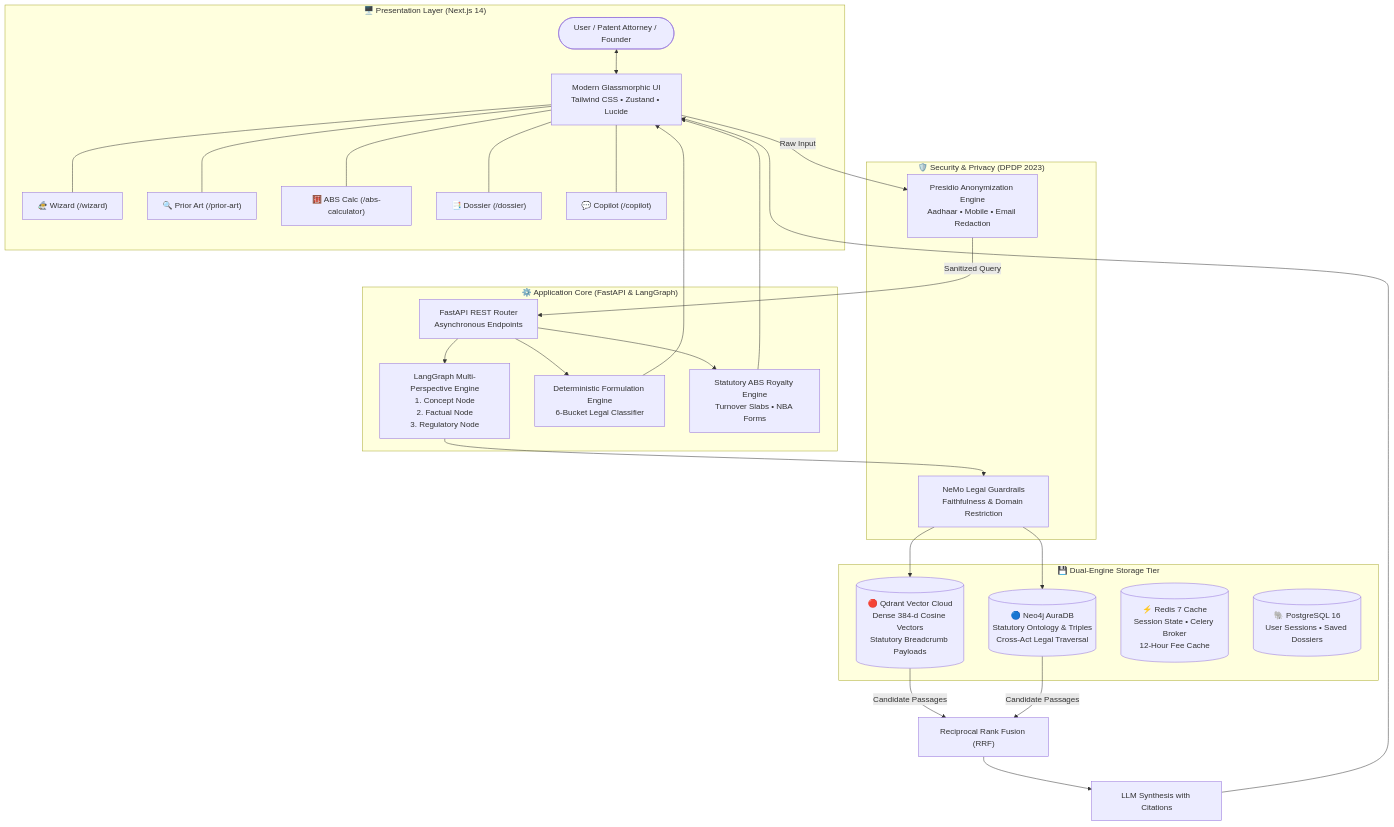
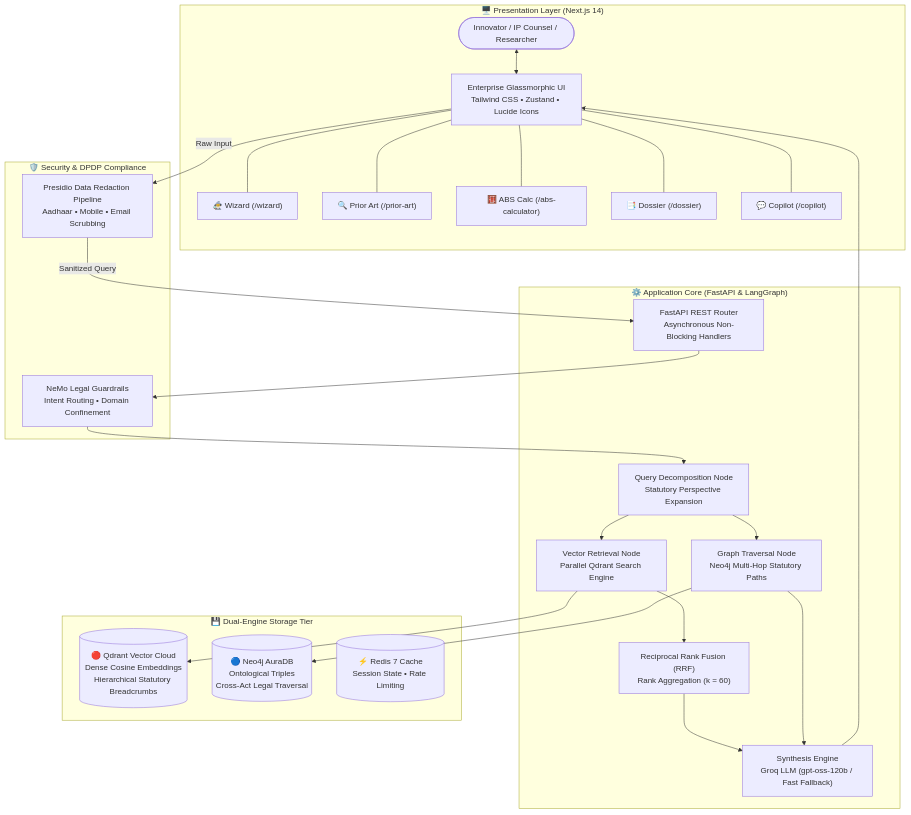
One commit to Soumadipta-Konar/ip-shakti-sahayak changed the diagram in README.md. Above: the diagram before and after it, drawn with Mermaid. The commit also changed other lines of this file, not shown here.

````diff
--- a/README.md
+++ b/README.md
@@ -359,43 +346,45 @@
 ```mermaid
 flowchart TD
     subgraph Client ["🖥️ Presentation Layer (Next.js 14)"]
-        User([User / Patent Attorney / Founder])
-        UI["Modern Glassmorphic UI\nTailwind CSS • Zustand • Lucide"]
+        User([Innovator / IP Counsel / Researcher])
+        UI["Enterprise Glassmorphic UI\nTailwind CSS • Zustand • Lucide Icons"]
         WizTab["🧙‍♂️ Wizard (/wizard)"]
         PriorTab["🔍 Prior Art (/prior-art)"]
         AbsTab["🧮 ABS Calc (/abs-calculator)"]
         DossTab["📑 Dossier (/dossier)"]
         ChatTab["💬 Copilot (/copilot)"]
         User <--> UI
         UI --- WizTab & PriorTab & AbsTab & DossTab & ChatTab
     end
 
-    subgraph Security ["🛡️ Security & Privacy (DPDP 2023)"]
-        DPDP["Presidio Anonymization Engine\nAadhaar • Mobile • Email Redaction"]
-        Guard["NeMo Legal Guardrails\nFaithfulness & Domain Restriction"]
+    subgraph Security ["🛡️ Security & DPDP Compliance"]
+        DPDP["Presidio Data Redaction Pipeline\nAadhaar • Mobile • Email Scrubbing"]
+        Guard["NeMo Legal Guardrails\nIntent Routing • Domain Confinement"]
     end
 
     subgraph Backend ["⚙️ Application Core (FastAPI & LangGraph)"]
-        API["FastAPI REST Router\nAsynchronous Endpoints"]
-        GraphAgent["LangGraph Multi-Perspective Engine\n1. Concept Node\n2. Factual Node\n3. Regulatory Node"]
-        RulesEngine["Deterministic Formulation Engine\n6-Bucket Legal Classifier"]
-        ABSEngine["Statutory ABS Royalty Engine\nTurnover Slabs • NBA Forms"]
+        API["FastAPI REST Router\nAsynchronous Non-Blocking Handlers"]
+        DecompNode["Query Decomposition Node\nStatutory Perspective Expansion"]
+        RetrievalNode["Vector Retrieval Node\nParallel Qdrant Search Engine"]
+        RRFNode["Reciprocal Rank Fusion (RRF)\nRank Aggregation (k = 60)"]
+        GraphNode["Graph Traversal Node\nNeo4j Multi-Hop Statutory Paths"]
+        SynthesisNode["Synthesis Engine\nGroq LLM (gpt-oss-120b / Fast Fallback)"]
     end
 
     subgraph Storage ["💾 Dual-Engine Storage Tier"]
-        Qdrant[("🔴 Qdrant Vector Cloud\nDense 384-d Cosine Vectors\nStatutory Breadcrumb Payloads")]
-        Neo4j[("🔵 Neo4j AuraDB\nStatutory Ontology & Triples\nCross-Act Legal Traversal")]
-        Redis[("⚡ Redis 7 Cache\nSession State • Celery Broker\n12-Hour Fee Cache")]
-        Postgres[("🐘 PostgreSQL 16\nUser Sessions • Saved Dossiers")]
+        Qdrant[("🔴 Qdrant Vector Cloud\nDense Cosine Embeddings\nHierarchical Statutory Breadcrumbs")]
+        Neo4j[("🔵 Neo4j AuraDB\nOntological Triples\nCross-Act Legal Traversal")]
+        Redis[("⚡ Redis 7 Cache\nSession State • Rate Limiting")]
     end
 
     UI -->|Raw Input| DPDP
     DPDP -->|Sanitized Query| API
-    API --> RulesEngine & ABSEngine & GraphAgent
-    GraphAgent --> Guard
-    Guard --> Qdrant & Neo4j
-    Qdrant & Neo4j -->|Candidate Passages| Fusion["Reciprocal Rank Fusion (RRF)"]
-    Fusion --> LLM["LLM Synthesis with Citations"]
-    LLM --> UI
-    RulesEngine & ABSEngine --> UI
+    API --> Guard
+    Guard --> DecompNode
+    DecompNode --> RetrievalNode & GraphNode
+    RetrievalNode --> Qdrant
+    GraphNode --> Neo4j
+    RetrievalNode --> RRFNode
+    RRFNode & GraphNode --> SynthesisNode
+    SynthesisNode --> UI
 ```
````
